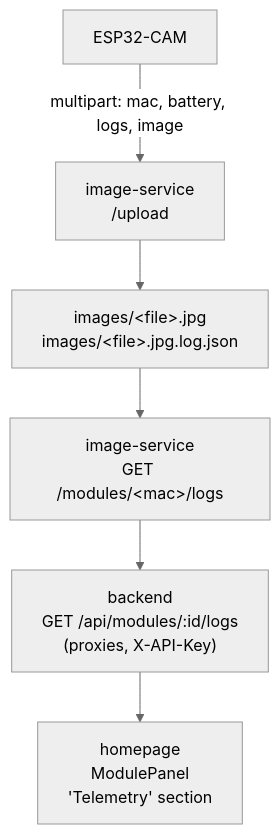
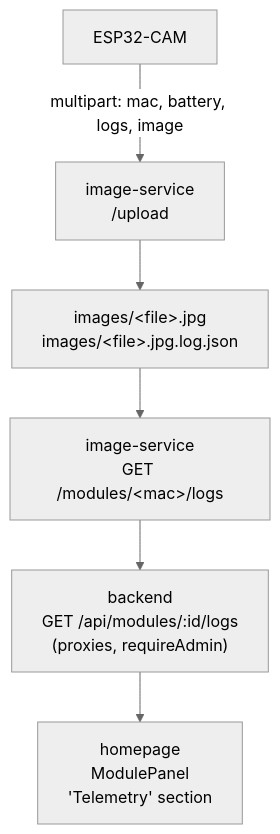
One commit to schutera/highfive changed the diagram in docs/06-runtime-view/esp-reliability.md. Above: the diagram before and after it, drawn with Mermaid (neutral theme). The commit also changed other lines of this file and 52 other files, not shown here.

First line of the commit message:
fix(auth): remove bundle API secret; gate admin behind a real session (#142)

````diff
--- a/docs/06-runtime-view/esp-reliability.md
+++ b/docs/06-runtime-view/esp-reliability.md
@@ -296,15 +296,15 @@
 ```mermaid
 flowchart TD
     ESP["ESP32-CAM"]
     IMG["image-service<br/>/upload"]
     Files["images/&lt;file&gt;.jpg<br/>images/&lt;file&gt;.jpg.log.json"]
     LogsAPI["image-service<br/>GET /modules/&lt;mac&gt;/logs"]
-    BE["backend<br/>GET /api/modules/:id/logs<br/>(proxies, X-API-Key)"]
+    BE["backend<br/>GET /api/modules/:id/logs<br/>(proxies, requireAdmin)"]
     HP["homepage<br/>ModulePanel<br/>'Telemetry' section"]
 
     ESP -->|"multipart: mac, battery, logs, image"| IMG
     IMG --> Files
     Files --> LogsAPI
     LogsAPI --> BE
     BE --> HP
 ```
````
